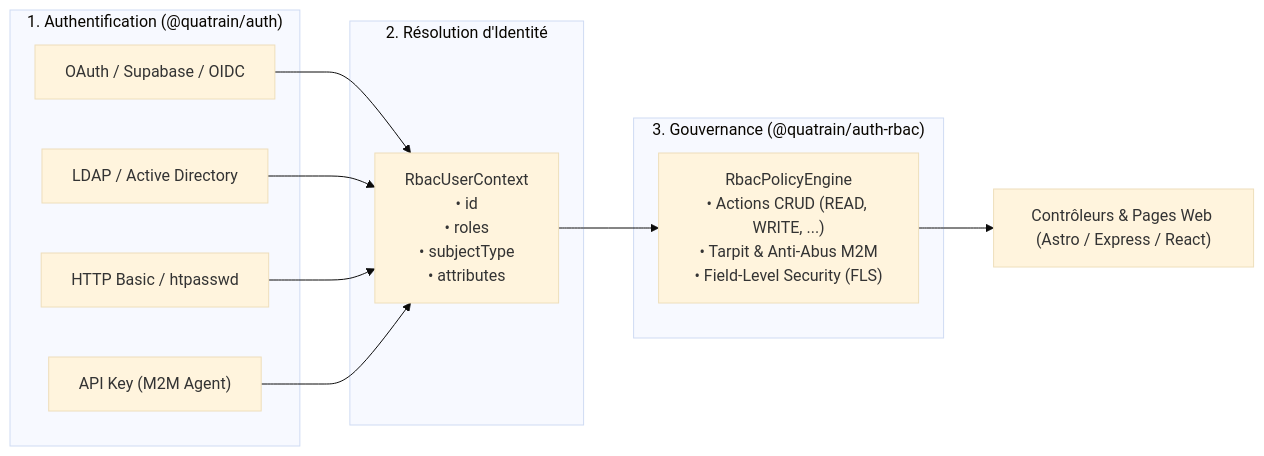
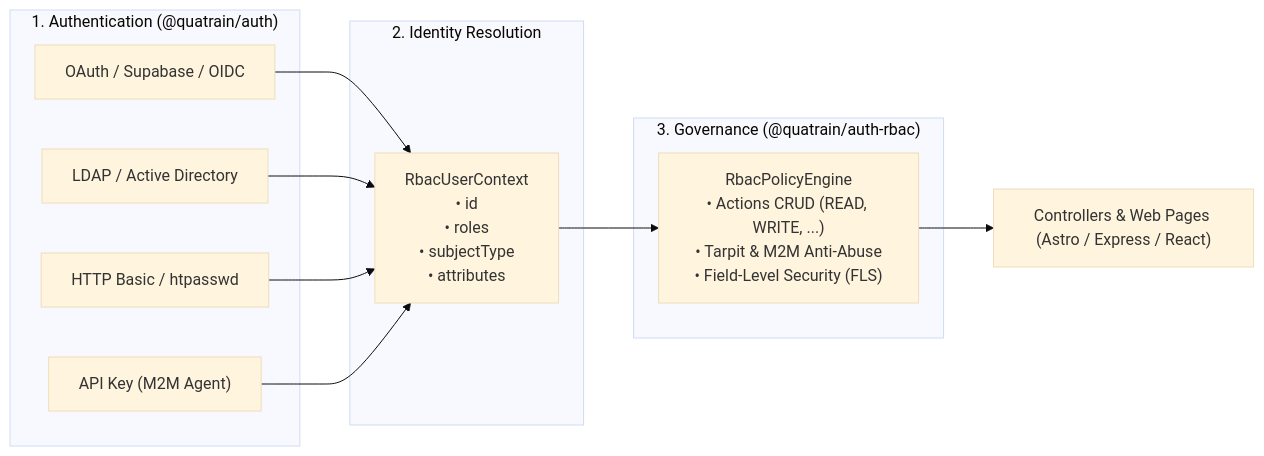
One commit to Quatrain/Core changed the diagram in packages/auth-rbac/HOWTO.md. Above: the diagram before and after it, drawn with Mermaid (base theme). The commit also changed 3 other files, not shown here.

Commit message:
docs: translate banner, search placeholder, and auth-rbac diagram to International English

````diff
--- a/packages/auth-rbac/HOWTO.md
+++ b/packages/auth-rbac/HOWTO.md
@@ -7,24 +7,24 @@
 ```mermaid
 flowchart LR
-    subgraph "1. Authentification (@quatrain/auth)"
+    subgraph "1. Authentication (@quatrain/auth)"
         OAuth["OAuth / Supabase / OIDC"]
         LDAP["LDAP / Active Directory"]
         Basic["HTTP Basic / htpasswd"]
         Key["API Key (M2M Agent)"]
     end
 
-    subgraph "2. Résolution d'Identité"
+    subgraph "2. Identity Resolution"
         Identity["RbacUserContext<br>• id<br>• roles<br>• subjectType<br>• attributes"]
     end
 
-    subgraph "3. Gouvernance (@quatrain/auth-rbac)"
-        Engine["RbacPolicyEngine<br>• Actions CRUD (READ, WRITE, ...)<br>• Tarpit & Anti-Abus M2M<br>• Field-Level Security (FLS)"]
+    subgraph "3. Governance (@quatrain/auth-rbac)"
+        Engine["RbacPolicyEngine<br>• Actions CRUD (READ, WRITE, ...)<br>• Tarpit & M2M Anti-Abuse<br>• Field-Level Security (FLS)"]
     end
 
     OAuth --> Identity
     LDAP --> Identity
     Basic --> Identity
     Key --> Identity
     Identity --> Engine
-    Engine --> App["Contrôleurs & Pages Web (Astro / Express / React)"]
+    Engine --> App["Controllers & Web Pages (Astro / Express / React)"]
 ```
````
